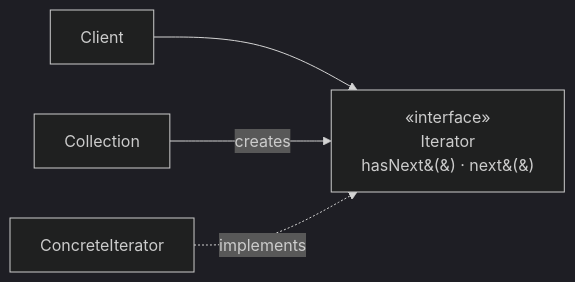
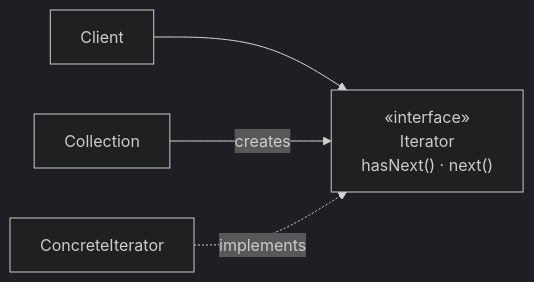
Before and after one commit to oadcavalcante/software-architecture-mastery: the diagram in i18n/en-US/docusaurus-plugin-content-docs/current/03-design-patterns/iterator.md, drawn with Mermaid (dark theme). The commit also changed 27 other files, not shown here.

First line of the commit message:
diagramas: parenteses renderizando como &(&) e largura ilegivel no telefone

````diff
--- a/i18n/en-US/docusaurus-plugin-content-docs/current/03-design-patterns/iterator.md
+++ b/i18n/en-US/docusaurus-plugin-content-docs/current/03-design-patterns/iterator.md
@@ -50,6 +50,6 @@
 ```mermaid
 graph LR
-  C[Client] --> I["«interface»<br/>Iterator<br/>hasNext&#40;&#41; · next&#40;&#41;"]
+  C[Client] --> I["«interface»<br/>Iterator<br/>hasNext() · next()"]
   Col[Collection] -->|creates| I
   IC[ConcreteIterator] -.implements.-> I
 ```
````
